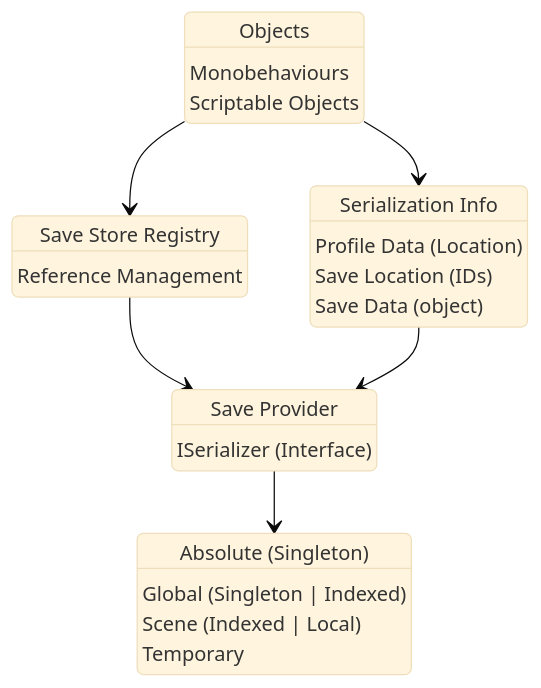
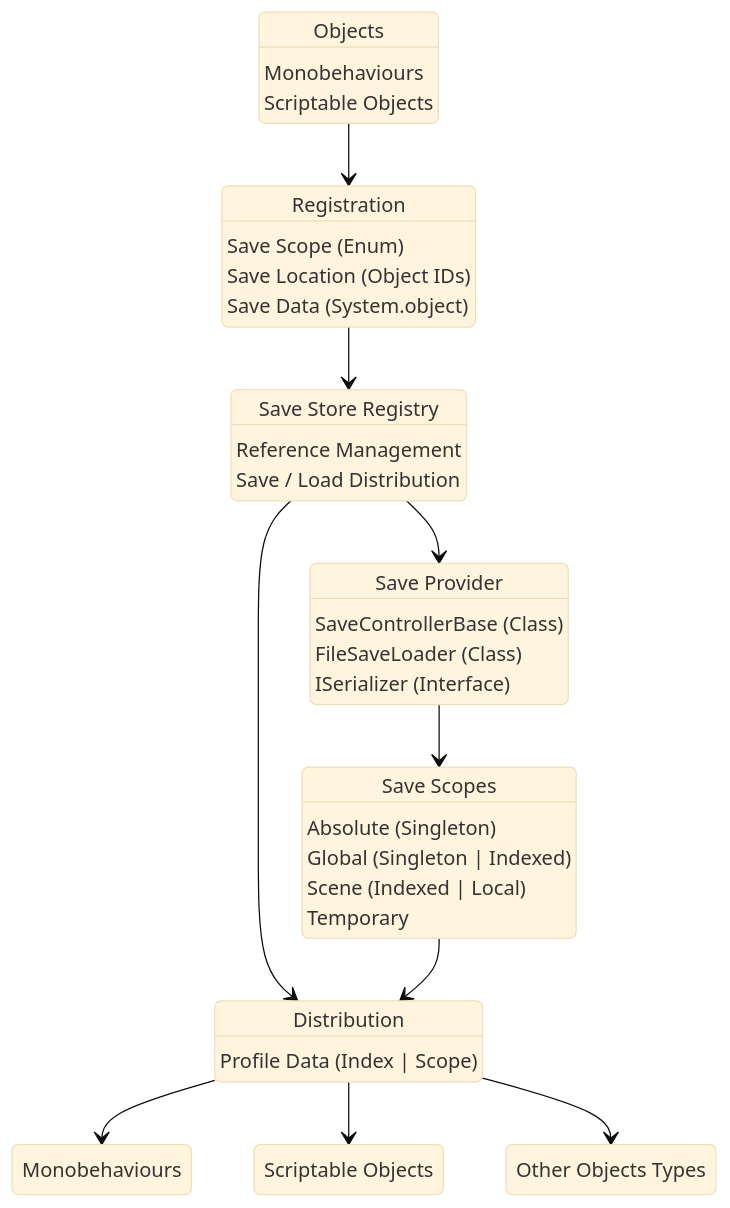
Before and after one commit to samuraininja84/Sanctuary: the diagram in README.md, drawn with Mermaid (base theme). The commit also changed other lines of this file, not shown here.

Commit message:
Finished First Version Of The Flow Chart

````diff
--- a/README.md
+++ b/README.md
@@ -5,28 +5,44 @@
 ```mermaid
 stateDiagram-v2
+    o0 : Objects
+    o0 : Monobehaviours
+    o0 : Scriptable Objects
+
+    o1 : Registration
+    o1 : Save Scope (Enum)  
+    o1 : Save Location (Object IDs)
+    o1 : Save Data (System.object)  
+
     s0: Save Store Registry
     s0: Reference Management
+    s0: Save / Load Distribution
 
     s1 : Save Provider
+    s1 : SaveControllerBase (Class)
+    s1 : FileSaveLoader (Class)
     s1 : ISerializer (Interface)
 
+    s2 : Save Scopes
     s2 : Absolute (Singleton)
     s2 : Global (Singleton | Indexed)
     s2 : Scene (Indexed | Local)
     s2 : Temporary
 
-    o0 : Objects
-    o0 : Monobehaviours
-    o0 : Scriptable Objects
+    o2 : Distribution
+    o2 : Profile Data (Index | Scope)
 
-    o1 : Serialization Info
-    o1 : Profile Data (Location)
-    o1 : Save Location (IDs)
-    o1 : Save Data (object)  
+    o2.1 : Monobehaviours
+    o2.2 : Scriptable Objects
+    o2.3 : Other Objects Types
 
     o0 --> o1
-    o0 --> s0
-    s0 --> s1
-    o1 --> s1     
+    o1 --> s0  
+    s0 --> s1       
     s1 --> s2
+    s0 --> o2
+    s2 --> o2
+
+    o2 --> o2.1
+    o2 --> o2.2
+    o2 --> o2.3
 ```
````
